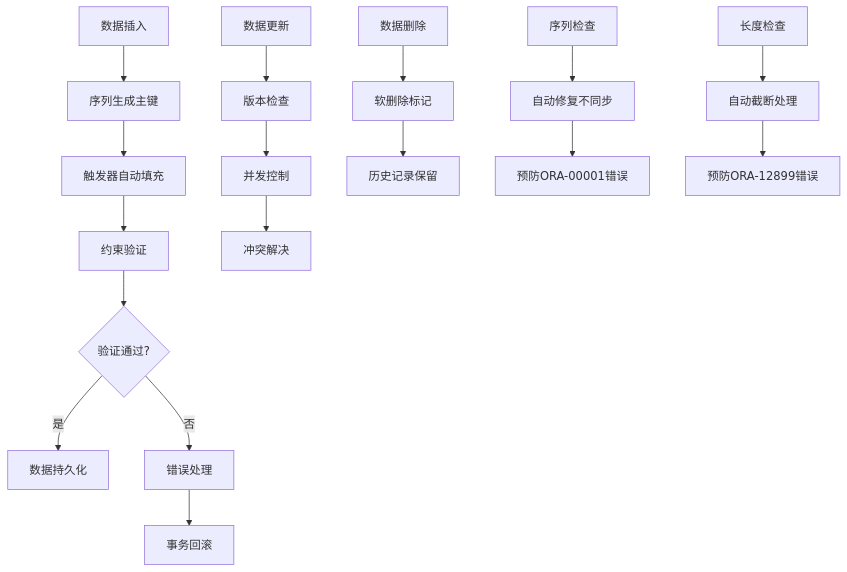
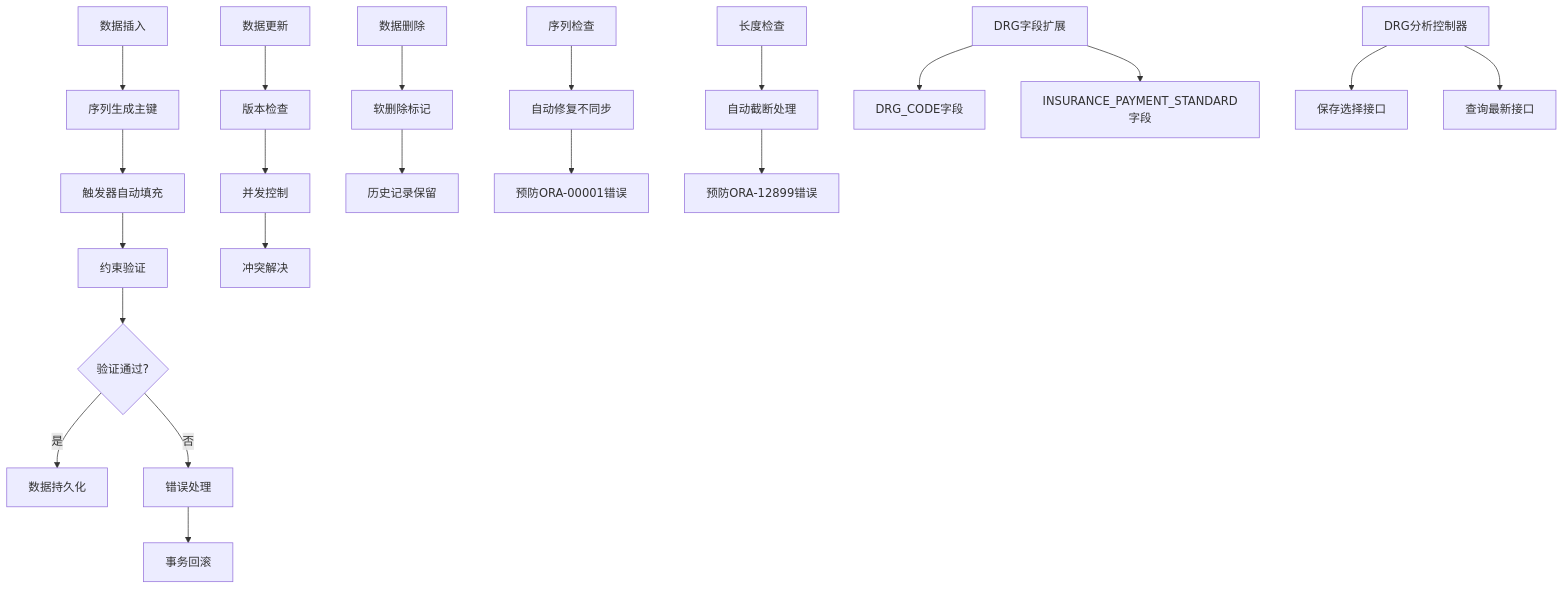
Before and after one commit to liuzh2008/med_ai_assistant_workspace: diagram 16 of 25 in .qoder/repowiki/zh/content/Database Operations/Database Operations.md, drawn with Mermaid. The commit also changed other lines of this file and 6 other files, not shown here.

````diff
--- a/.qoder/repowiki/zh/content/Database Operations/Database Operations.md
+++ b/.qoder/repowiki/zh/content/Database Operations/Database Operations.md
@@ -594,19 +719,23 @@
 ```mermaid
 flowchart TD
 A[数据插入] --> B[序列生成主键]
 B --> C[触发器自动填充]
 C --> D[约束验证]
 D --> E{验证通过?}
 E --> |是| F[数据持久化]
 E --> |否| G[错误处理]
 G --> H[事务回滚]
 I[数据更新] --> J[版本检查]
 J --> K[并发控制]
 K --> L[冲突解决]
 M[数据删除] --> N[软删除标记]
 N --> O[历史记录保留]
 P[序列检查] --> Q[自动修复不同步]
 Q --> R[预防ORA-00001错误]
 S[长度检查] --> T[自动截断处理]
 T --> U[预防ORA-12899错误]
+V[DRG字段扩展] --> W[DRG_CODE字段]
+V --> X[INSURANCE_PAYMENT_STANDARD字段]
+Y[DRG分析控制器] --> Z[保存选择接口]
+Y --> AA[查询最新接口]
 ```
````
